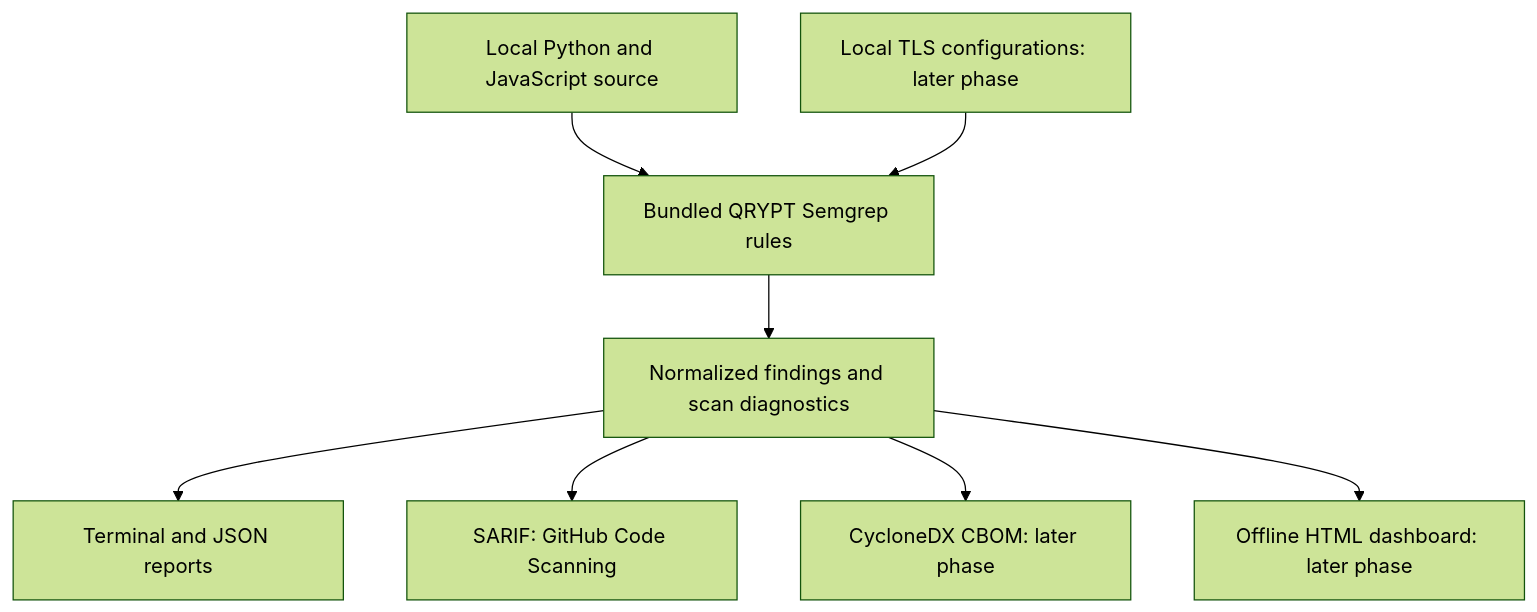
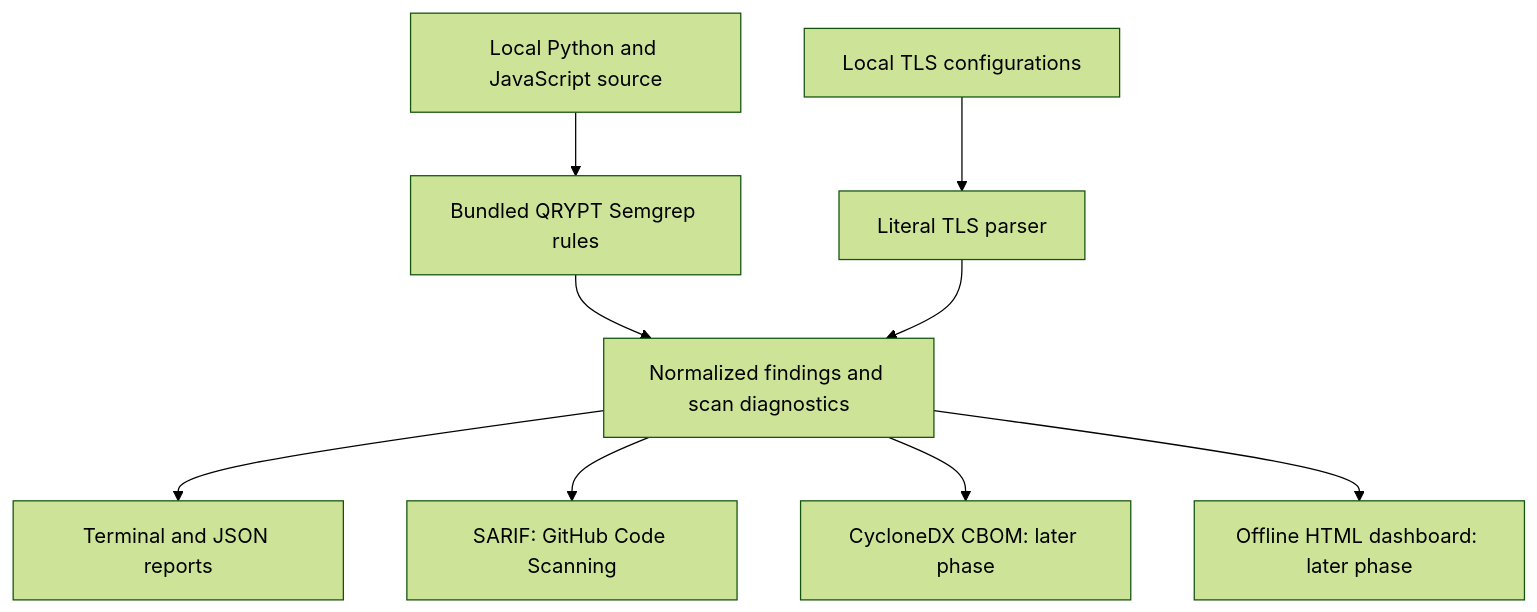
One commit to AsyraafMS/Qrypt changed the diagram in README.md. Above: the diagram before and after it, drawn with Mermaid (forest theme). The commit also changed other lines of this file and 6 other files, not shown here.

Commit message:
docs: add TLS examples and phase three usage

````diff
--- a/README.md
+++ b/README.md
@@ -31,10 +33,11 @@
 ```mermaid
 flowchart TD
     A[Local Python and JavaScript source] --> C[Bundled QRYPT Semgrep rules]
-    B[Local TLS configurations: later phase] --> C
+    B[Local TLS configurations] --> T[Literal TLS parser]
     C --> D[Normalized findings and scan diagnostics]
+    T --> D
     D --> E[Terminal and JSON reports]
     D --> F[SARIF: GitHub Code Scanning]
     D --> G[CycloneDX CBOM: later phase]
     D --> H[Offline HTML dashboard: later phase]
 ```
````
